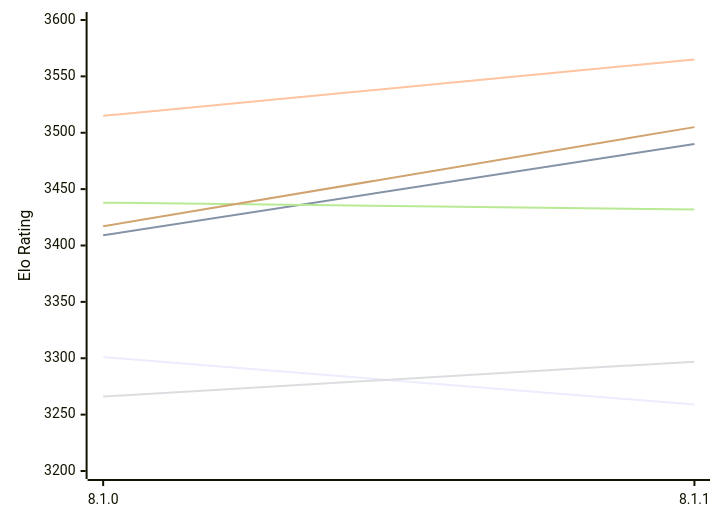
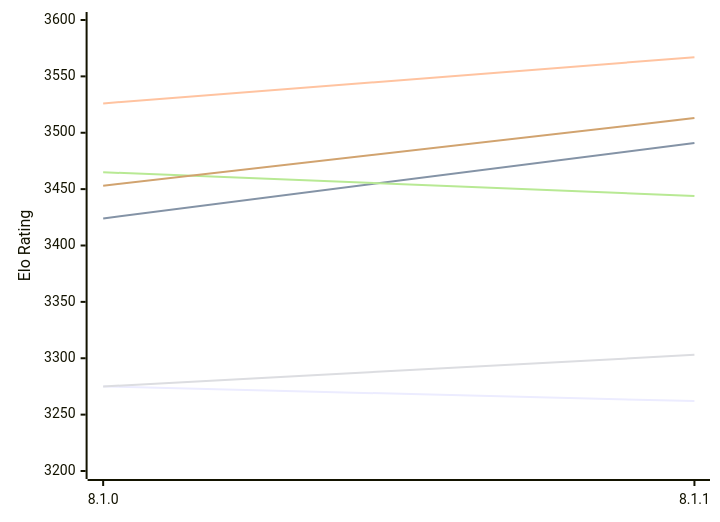
Before and after one commit to computer-chess-index/cci: the first of 2 diagrams in engines/Velvet.md, drawn with Mermaid. The commit also changed other lines of this file, not shown here.

Commit message:
Update CCI Ratings (ELO VLTC) - 2026-11-25

````diff
--- a/engines/Velvet.md
+++ b/engines/Velvet.md
@@ -51,12 +51,12 @@
 ```mermaid
 %%{init: {"theme":"base","themeVariables":{"seriesColors:['#a3a3a3','#222221','#faa371']}}}%%
 xychart-beta
   x-axis ["8.1.0", "8.1.1"]
   y-axis "Elo Rating" 3200 --> 3600
-  line "E1: STC (8.0+0.08s)" [3301, 3259]
-  line "E1: LTC (60.0+0.60s)" [3409, 3490]
-  line "E1: VLTC (2m24s+1.12s)" [3515, 3565]
-  line "P1: STC (8.0+0.08s)" [3266, 3297]
-  line "P1: LTC (60.0+0.60s)" [3438, 3432]
-  line "P1: VLTC (2m24s+1.12s)" [3417, 3505]
+  line "E1: STC (8.0+0.08s)" [3275, 3262]
+  line "E1: LTC (60.0+0.60s)" [3424, 3491]
+  line "E1: VLTC (2m24s+1.12s)" [3526, 3567]
+  line "P1: STC (8.0+0.08s)" [3275, 3303]
+  line "P1: LTC (60.0+0.60s)" [3465, 3444]
+  line "P1: VLTC (2m24s+1.12s)" [3453, 3513]
 ```
````
